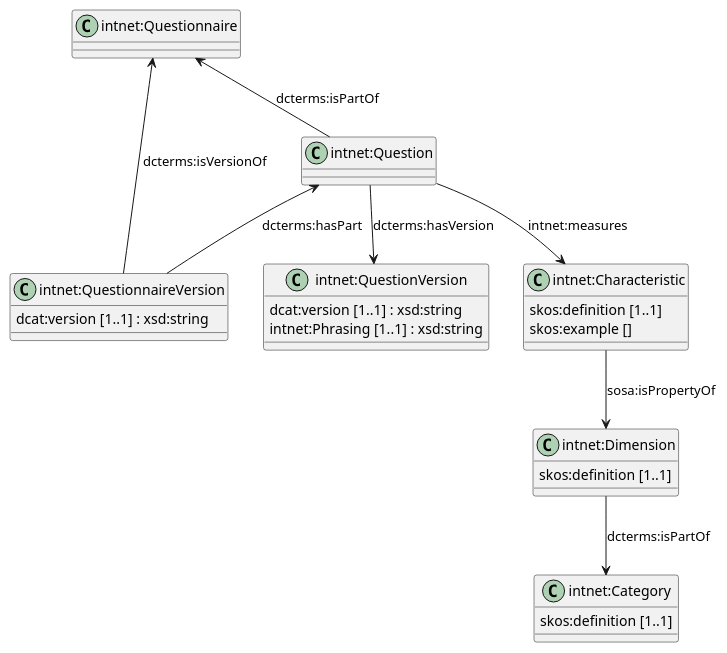
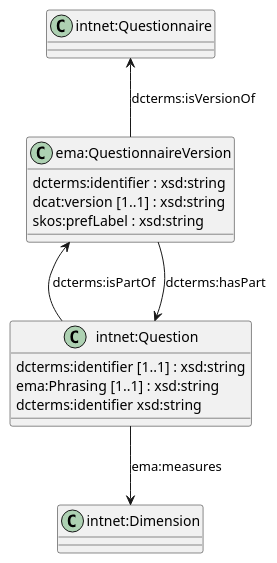
Before and after one commit to int-net/EminentModel: the diagram in InformationModels/QuestionaireProfile.plantuml, drawn with PlantUML. The commit also changed 6 other files, not shown here.

```diff
--- a/InformationModels/QuestionaireProfile.plantuml
+++ b/InformationModels/QuestionaireProfile.plantuml
@@ -1,39 +1,37 @@
 @startuml Questionaire Profile
 
 
-class "intnet:QuestionnaireVersion" as QRV {
+class "ema:QuestionnaireVersion" as QRV {
+    dcterms:identifier : xsd:string
     dcat:version [1..1] : xsd:string
+    skos:prefLabel : xsd:string
 }
-class "intnet:QuestionVersion" as QV {
-    dcat:version [1..1] : xsd:string
-    intnet:Phrasing [1..1] : xsd:string
+
+class "intnet:Question" as Q{
+    dcterms:identifier [1..1] : xsd:string    
+    ema:Phrasing [1..1] : xsd:string
+    dcterms:identifier xsd:string
 }
-class "intnet:Question" as Q
+
 class "intnet:Questionnaire" as QR 
 
-class "intnet:Characteristic" as Char {
-    skos:definition [1..1]
-    skos:example []
-}
+
+
+
 class "intnet:Dimension" as Dimension {
-    skos:definition [1..1]
+    
 }
 
-class "intnet:Category" as Cat{
-    skos:definition [1..1]
-}
 
 
 QR <-- QRV : "dcterms:isVersionOf"
 Q <-- QRV : "dcterms:hasPart"
 
-Q --> QV : "dcterms:hasVersion"
 
-QR <-- Q : "dcterms:isPartOf" 
 
-Dimension --> Cat : "dcterms:isPartOf"
-Char --> Dimension : "sosa:isPropertyOf"
+QRV <-- Q : "dcterms:isPartOf" 
 
-Q --> Char : "intnet:measures"
+
+Q --> Dimension : "ema:measures"
 
 @enduml
```
